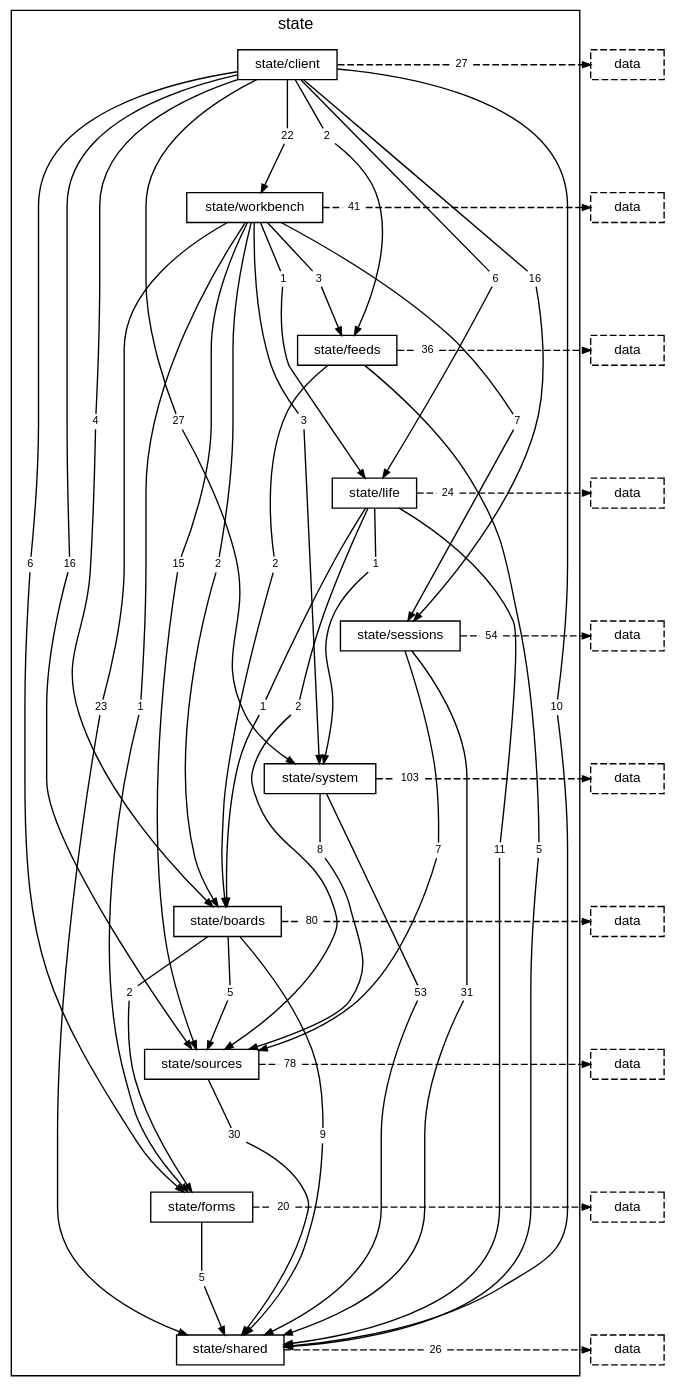
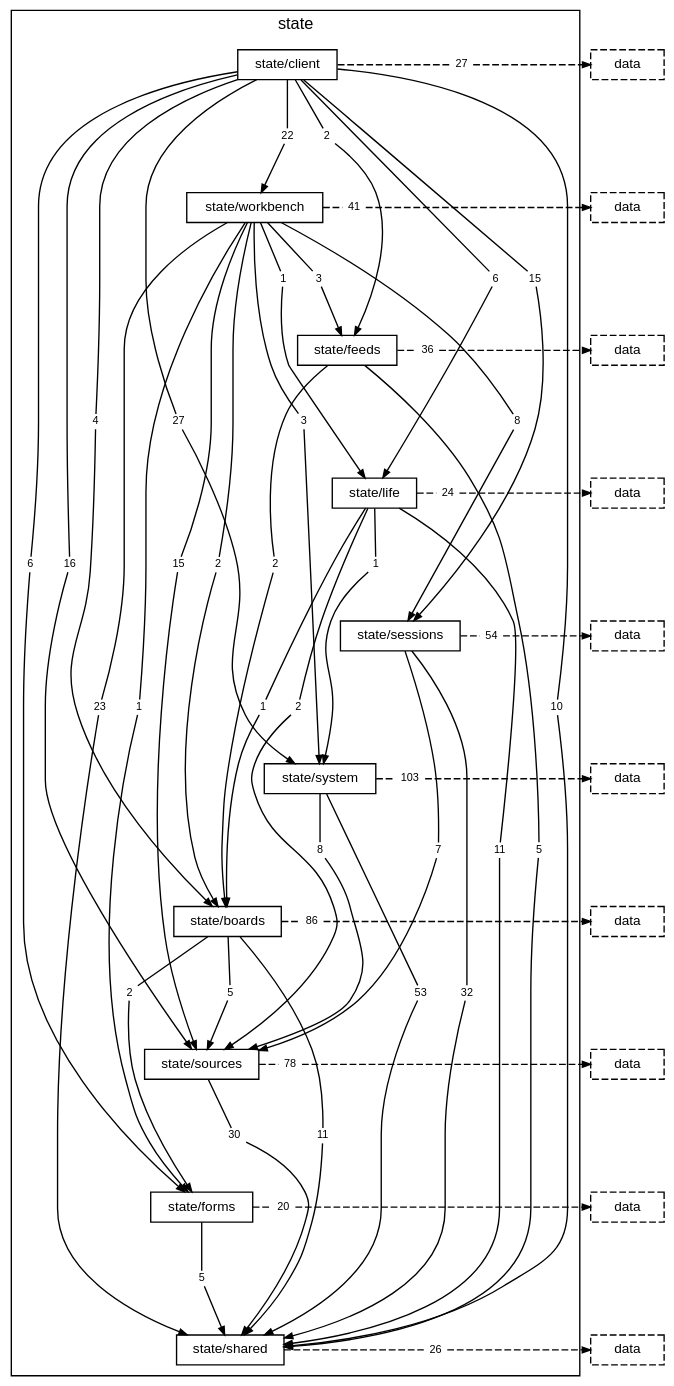
Before and after one commit to TheAxeC/oculus: the diagram in docs/diagrams/layer-state.dot, drawn with Graphviz. The commit also changed 123 other files, not shown here.

```diff
--- a/docs/diagrams/layer-state.dot
+++ b/docs/diagrams/layer-state.dot
@@ -18,7 +18,7 @@
         "folder state/client to folder state/feeds" [label="2", shape=box, color="transparent", fontsize=8, width=0, height=0, margin="0.04,0.02"];
         "folder state/client to folder state/forms" [label="6", shape=box, color="transparent", fontsize=8, width=0, height=0, margin="0.04,0.02"];
         "folder state/client to folder state/life" [label="6", shape=box, color="transparent", fontsize=8, width=0, height=0, margin="0.04,0.02"];
-        "folder state/client to folder state/sessions" [label="16", shape=box, color="transparent", fontsize=8, width=0, height=0, margin="0.04,0.02"];
+        "folder state/client to folder state/sessions" [label="15", shape=box, color="transparent", fontsize=8, width=0, height=0, margin="0.04,0.02"];
         "folder state/client to folder state/shared" [label="10", shape=box, color="transparent", fontsize=8, width=0, height=0, margin="0.04,0.02"];
         "folder state/client to folder state/sources" [label="16", shape=box, color="transparent", fontsize=8, width=0, height=0, margin="0.04,0.02"];
         "folder state/client to folder state/system" [label="27", shape=box, color="transparent", fontsize=8, width=0, height=0, margin="0.04,0.02"];
@@ -28,7 +28,7 @@
         "folder state/workbench to folder state/feeds" [label="3", shape=box, color="transparent", fontsize=8, width=0, height=0, margin="0.04,0.02"];
         "folder state/workbench to folder state/forms" [label="1", shape=box, color="transparent", fontsize=8, width=0, height=0, margin="0.04,0.02"];
         "folder state/workbench to folder state/life" [label="1", shape=box, color="transparent", fontsize=8, width=0, height=0, margin="0.04,0.02"];
-        "folder state/workbench to folder state/sessions" [label="7", shape=box, color="transparent", fontsize=8, width=0, height=0, margin="0.04,0.02"];
+        "folder state/workbench to folder state/sessions" [label="8", shape=box, color="transparent", fontsize=8, width=0, height=0, margin="0.04,0.02"];
         "folder state/workbench to folder state/shared" [label="23", shape=box, color="transparent", fontsize=8, width=0, height=0, margin="0.04,0.02"];
         "folder state/workbench to folder state/sources" [label="15", shape=box, color="transparent", fontsize=8, width=0, height=0, margin="0.04,0.02"];
         "folder state/workbench to folder state/system" [label="3", shape=box, color="transparent", fontsize=8, width=0, height=0, margin="0.04,0.02"];
@@ -41,16 +41,16 @@
         "folder state/life to folder state/sources" [label="2", shape=box, color="transparent", fontsize=8, width=0, height=0, margin="0.04,0.02"];
         "folder state/life to folder state/system" [label="1", shape=box, color="transparent", fontsize=8, width=0, height=0, margin="0.04,0.02"];
         "folder state/life to layer data" [label="24", shape=box, color="transparent", fontsize=8, width=0, height=0, margin="0.04,0.02"];
-        "folder state/sessions to folder state/shared" [label="31", shape=box, color="transparent", fontsize=8, width=0, height=0, margin="0.04,0.02"];
+        "folder state/sessions to folder state/shared" [label="32", shape=box, color="transparent", fontsize=8, width=0, height=0, margin="0.04,0.02"];
         "folder state/sessions to folder state/sources" [label="7", shape=box, color="transparent", fontsize=8, width=0, height=0, margin="0.04,0.02"];
         "folder state/sessions to layer data" [label="54", shape=box, color="transparent", fontsize=8, width=0, height=0, margin="0.04,0.02"];
         "folder state/system to folder state/shared" [label="53", shape=box, color="transparent", fontsize=8, width=0, height=0, margin="0.04,0.02"];
         "folder state/system to folder state/sources" [label="8", shape=box, color="transparent", fontsize=8, width=0, height=0, margin="0.04,0.02"];
         "folder state/system to layer data" [label="103", shape=box, color="transparent", fontsize=8, width=0, height=0, margin="0.04,0.02"];
         "folder state/boards to folder state/forms" [label="2", shape=box, color="transparent", fontsize=8, width=0, height=0, margin="0.04,0.02"];
-        "folder state/boards to folder state/shared" [label="9", shape=box, color="transparent", fontsize=8, width=0, height=0, margin="0.04,0.02"];
+        "folder state/boards to folder state/shared" [label="11", shape=box, color="transparent", fontsize=8, width=0, height=0, margin="0.04,0.02"];
         "folder state/boards to folder state/sources" [label="5", shape=box, color="transparent", fontsize=8, width=0, height=0, margin="0.04,0.02"];
-        "folder state/boards to layer data" [label="80", shape=box, color="transparent", fontsize=8, width=0, height=0, margin="0.04,0.02"];
+        "folder state/boards to layer data" [label="86", shape=box, color="transparent", fontsize=8, width=0, height=0, margin="0.04,0.02"];
         "folder state/sources to folder state/shared" [label="30", shape=box, color="transparent", fontsize=8, width=0, height=0, margin="0.04,0.02"];
         "folder state/sources to layer data" [label="78", shape=box, color="transparent", fontsize=8, width=0, height=0, margin="0.04,0.02"];
         "folder state/forms to folder state/shared" [label="5", shape=box, color="transparent", fontsize=8, width=0, height=0, margin="0.04,0.02"];
```
